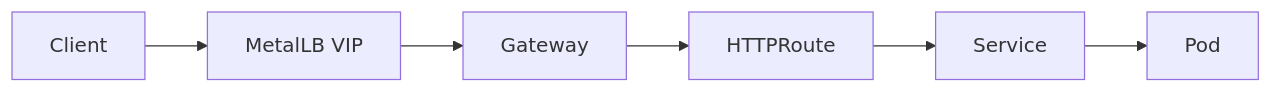
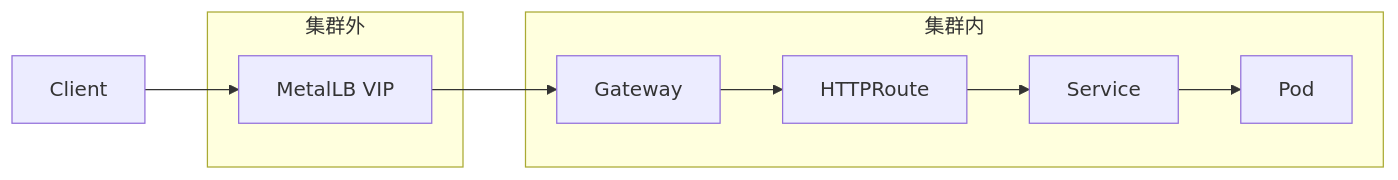
The third of 3 diagrams in k8s/03-north-south-traffic/docs/00_north_south_theory.md (hwang-protocol/docker_k8s_2026), drawn with Mermaid before and after one commit. The commit also changed other lines of this file, not shown here.

````diff
--- a/k8s/03-north-south-traffic/docs/00_north_south_theory.md
+++ b/k8s/03-north-south-traffic/docs/00_north_south_theory.md
@@ -157,15 +131,21 @@
 ```mermaid
 flowchart LR
   client2[Client]
-  vip2[MetalLB VIP]
-  gateway2[Gateway]
-  route2[HTTPRoute]
-  svc2[Service]
-  pod2[Pod]
+
+  subgraph outside2["集群外"]
+    vip2[MetalLB VIP]
+  end
+
+  subgraph inside2["集群内"]
+    gateway2[Gateway]
+    route2[HTTPRoute]
+    svc2[Service]
+    pod2[Pod]
+    gateway2 --> route2
+    route2 --> svc2
+    svc2 --> pod2
+  end
 
   client2 --> vip2
   vip2 --> gateway2
-  gateway2 --> route2
-  route2 --> svc2
-  svc2 --> pod2
 ```
````
